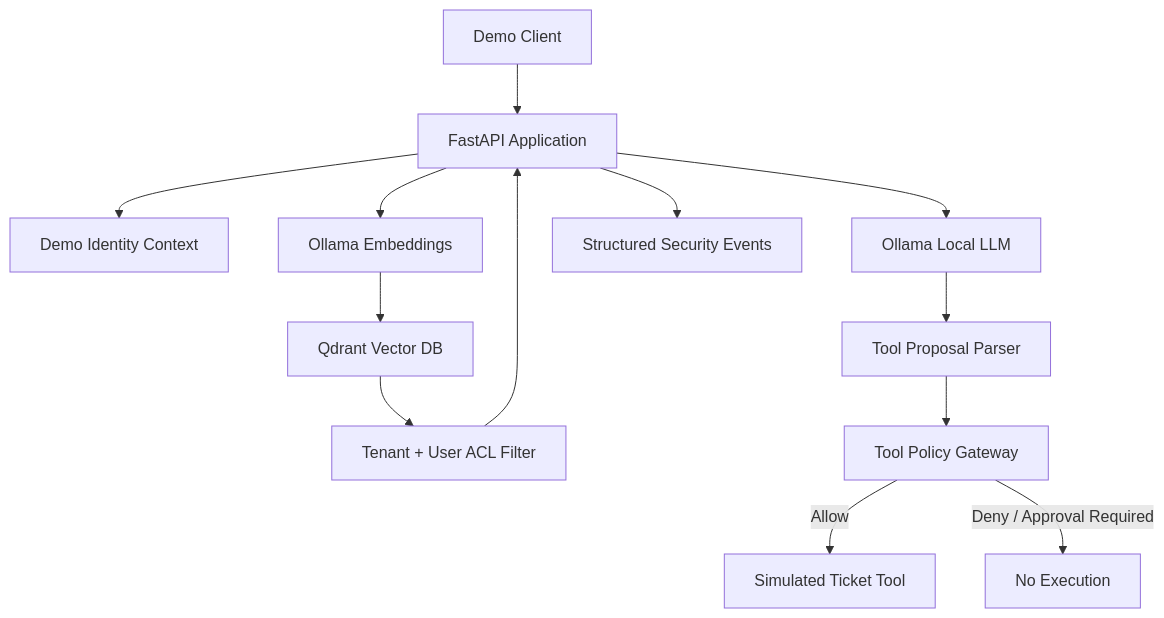
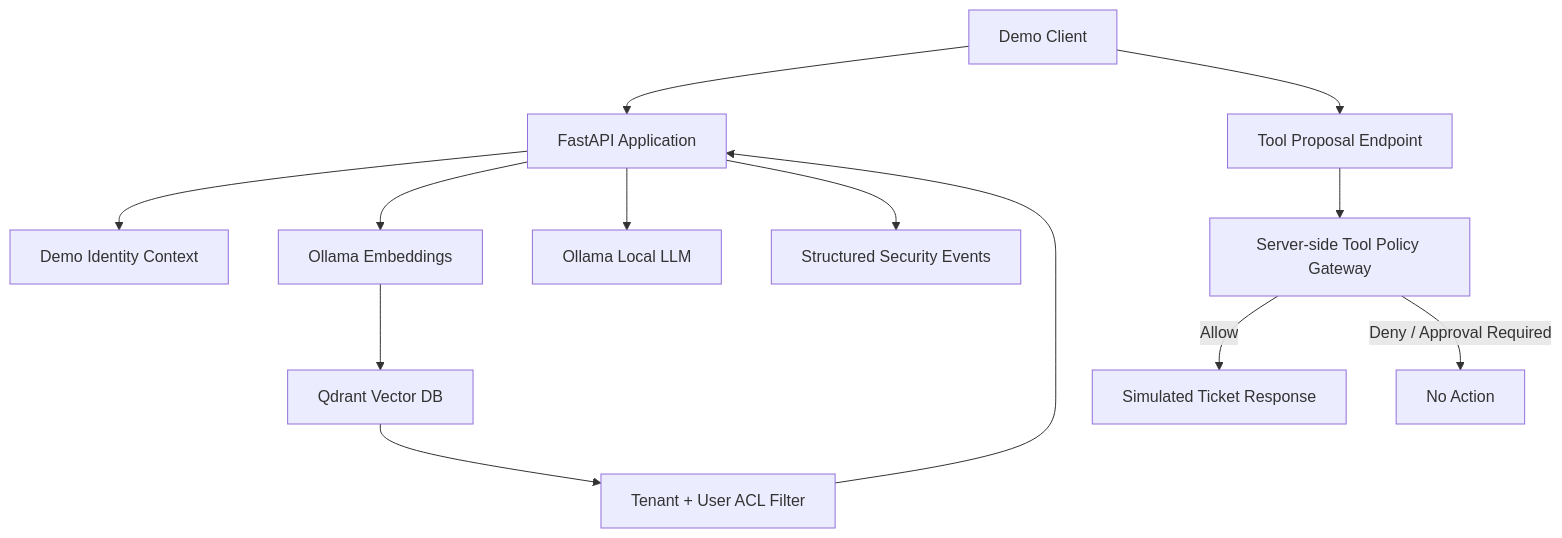
Before and after one commit to Rashmiranjan007/security-engineering-labs: the diagram in projects/ai-agent-security-lab/README.md, drawn with Mermaid. The commit also changed other lines of this file, not shown here.

Commit message:
Harden AI agent lab tenant and tool authorization

````diff
--- a/projects/ai-agent-security-lab/README.md
+++ b/projects/ai-agent-security-lab/README.md
@@ -17,15 +17,15 @@
 ```mermaid
 flowchart TD
   C[Demo Client] --> API[FastAPI Application]
   API --> AUTH[Demo Identity Context]
   API --> EMB[Ollama Embeddings]
   EMB --> Q[Qdrant Vector DB]
   Q --> ACL[Tenant + User ACL Filter]
   ACL --> API
   API --> LLM[Ollama Local LLM]
-  LLM --> PARSE[Tool Proposal Parser]
-  PARSE --> POLICY[Tool Policy Gateway]
-  POLICY -->|Allow| SIM[Simulated Ticket Tool]
-  POLICY -->|Deny / Approval Required| BLOCK[No Execution]
+  C --> PROP[Tool Proposal Endpoint]
+  PROP --> POLICY[Server-side Tool Policy Gateway]
+  POLICY -->|Allow| SIM[Simulated Ticket Response]
+  POLICY -->|Deny / Approval Required| BLOCK[No Action]
   API --> AUDIT[Structured Security Events]
 ```
````
